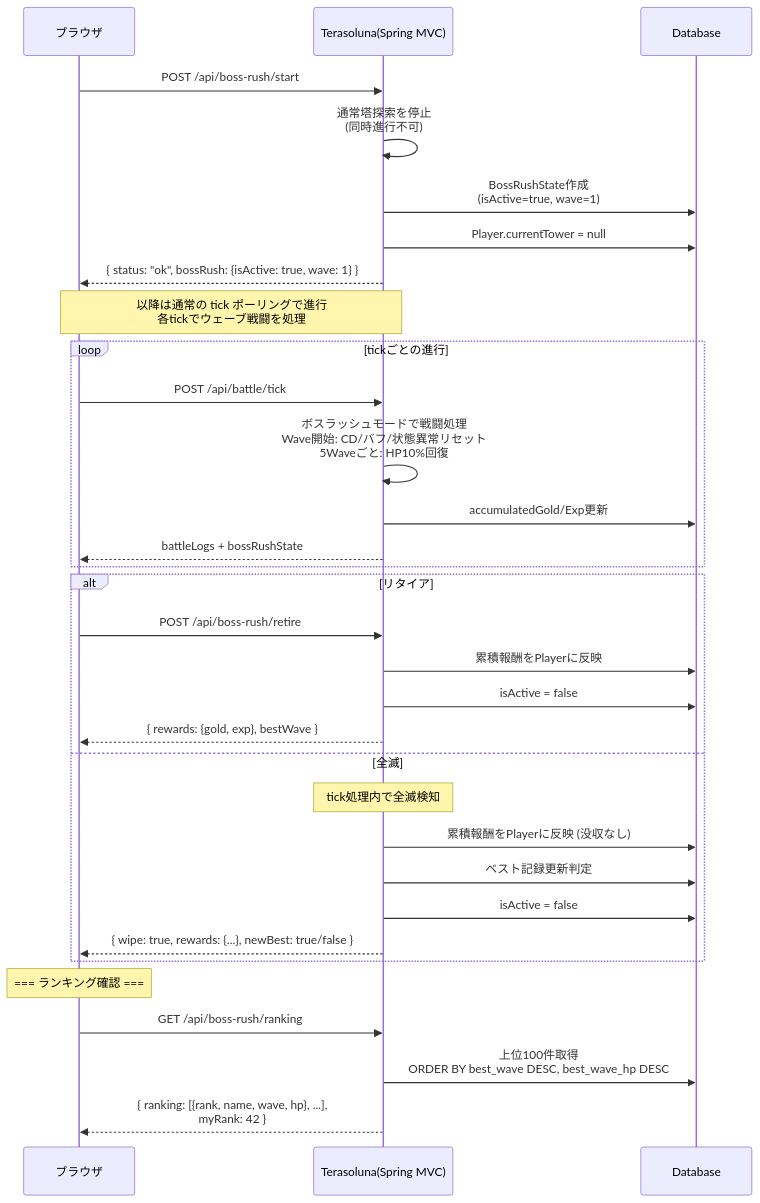
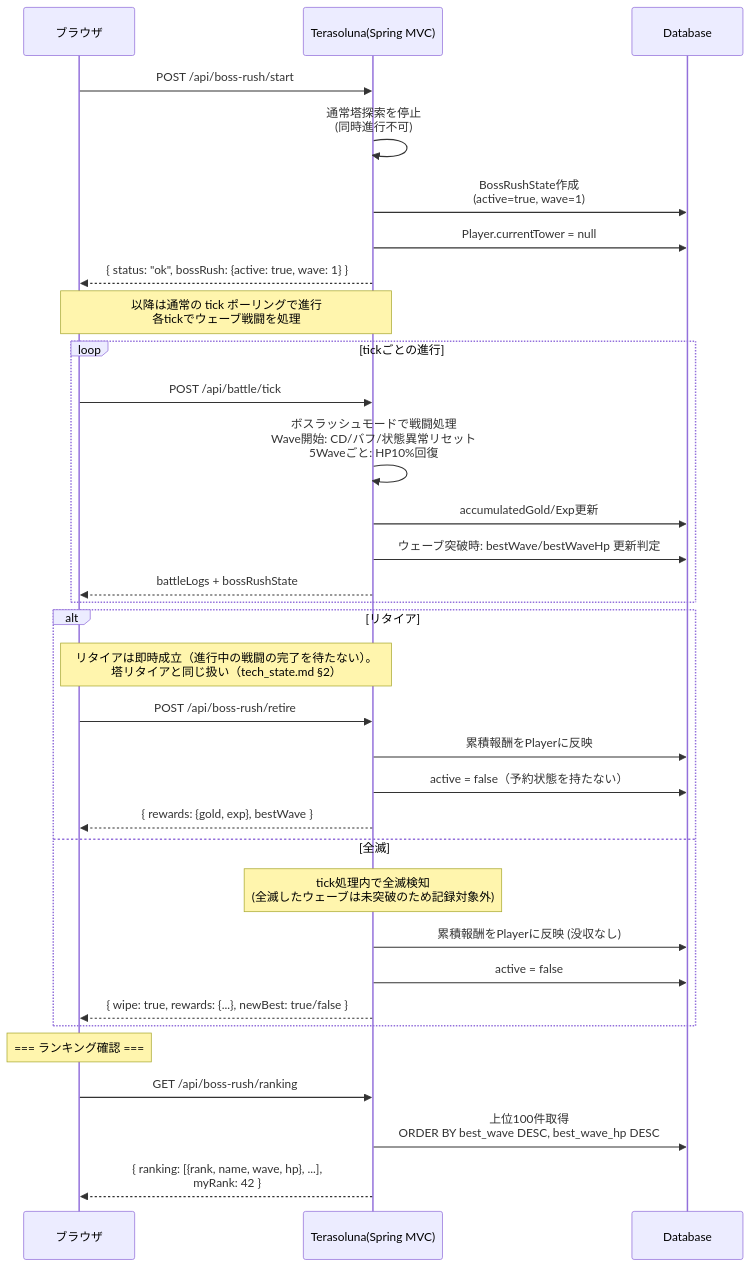
One commit to dateeee/2026_AFKGAME changed the first of 3 diagrams in docs/diagrams/api_sequence/endgame.md. Above: the diagram before and after it, drawn with Mermaid. The commit also changed other lines of this file and 6 other files, not shown here.

First line of the commit message:
docs: Phase 5 設計図レビュー指摘の反映（ISSUE-701〜709）

````diff
--- a/docs/diagrams/api_sequence/endgame.md
+++ b/docs/diagrams/api_sequence/endgame.md
@@ -7,42 +7,43 @@
 ```mermaid
 %%{init: {'theme': 'default', 'sequence': {'actorFontSize': 18, 'messageFontSize': 16, 'noteFontSize': 14}} }%%
 sequenceDiagram
     participant B as ブラウザ
     participant API as Terasoluna(Spring MVC)
     participant DB as Database
 
     B->>API: POST /api/boss-rush/start
 
     API->>API: 通常塔探索を停止<br/>(同時進行不可)
-    API->>DB: BossRushState作成<br/>(isActive=true, wave=1)
+    API->>DB: BossRushState作成<br/>(active=true, wave=1)
     API->>DB: Player.currentTower = null
-    API-->>B: { status: "ok", bossRush: {isActive: true, wave: 1} }
+    API-->>B: { status: "ok", bossRush: {active: true, wave: 1} }
 
     Note over B,API: 以降は通常の tick ポーリングで進行<br/>各tickでウェーブ戦闘を処理
 
     loop tickごとの進行
         B->>API: POST /api/battle/tick
         API->>API: ボスラッシュモードで戦闘処理<br/>Wave開始: CD/バフ/状態異常リセット<br/>5Waveごと: HP10%回復
         API->>DB: accumulatedGold/Exp更新
+        API->>DB: ウェーブ突破時: bestWave/bestWaveHp 更新判定
         API-->>B: battleLogs + bossRushState
     end
 
     alt リタイア
+        Note over B,API: リタイアは即時成立（進行中の戦闘の完了を待たない）。<br/>塔リタイアと同じ扱い（tech_state.md §2）
         B->>API: POST /api/boss-rush/retire
         API->>DB: 累積報酬をPlayerに反映
-        API->>DB: isActive = false
+        API->>DB: active = false（予約状態を持たない）
         API-->>B: { rewards: {gold, exp}, bestWave }
     else 全滅
-        Note over API: tick処理内で全滅検知
+        Note over API: tick処理内で全滅検知<br/>(全滅したウェーブは未突破のため記録対象外)
         API->>DB: 累積報酬をPlayerに反映 (没収なし)
-        API->>DB: ベスト記録更新判定
-        API->>DB: isActive = false
+        API->>DB: active = false
         API-->>B: { wipe: true, rewards: {...}, newBest: true/false }
     end
 
     Note over B: === ランキング確認 ===
 
     B->>API: GET /api/boss-rush/ranking
     API->>DB: 上位100件取得<br/>ORDER BY best_wave DESC, best_wave_hp DESC
     API-->>B: { ranking: [{rank, name, wave, hp}, ...],<br/>  myRank: 42 }
 ```
````
